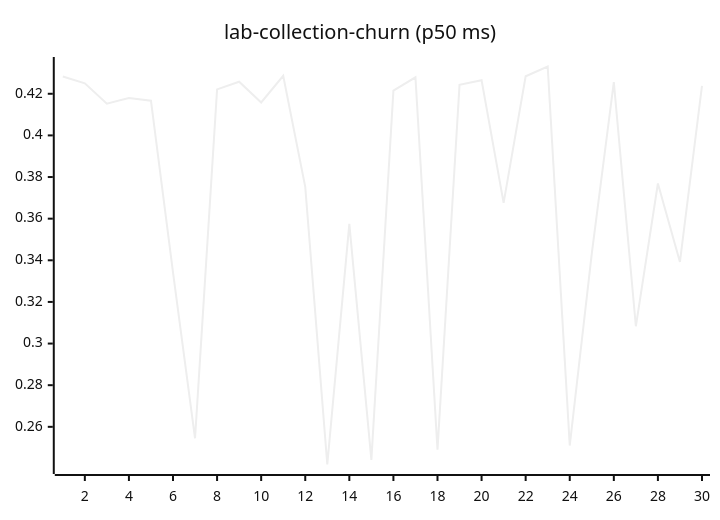
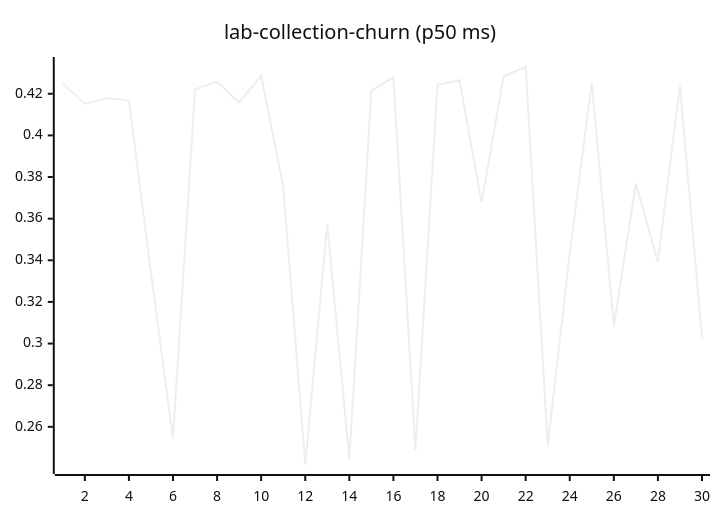
One commit to josha/Facet changed diagram 11 of 27 in README.md. Above: the diagram before and after it, drawn with Mermaid (neutral theme). The commit also changed other lines of this file and 2 other files, not shown here.

````diff
--- a/README.md
+++ b/README.md
@@ -133,6 +133,6 @@
 ```mermaid
 xychart-beta
     title "lab-collection-churn (p50 ms)"
     x-axis 1 --> 30
-    line [0.4283, 0.4250, 0.4152, 0.4180, 0.4167, 0.3342, 0.2545, 0.4221, 0.4258, 0.4158, 0.4286, 0.3753, 0.2419, 0.3575, 0.2441, 0.4215, 0.4279, 0.2490, 0.4243, 0.4265, 0.3676, 0.4284, 0.4331, 0.2510, 0.3432, 0.4256, 0.3083, 0.3769, 0.3392, 0.4238]
+    line [0.4250, 0.4152, 0.4180, 0.4167, 0.3342, 0.2545, 0.4221, 0.4258, 0.4158, 0.4286, 0.3753, 0.2419, 0.3575, 0.2441, 0.4215, 0.4279, 0.2490, 0.4243, 0.4265, 0.3676, 0.4284, 0.4331, 0.2510, 0.3432, 0.4256, 0.3083, 0.3769, 0.3392, 0.4238, 0.3026]
 ```
````
